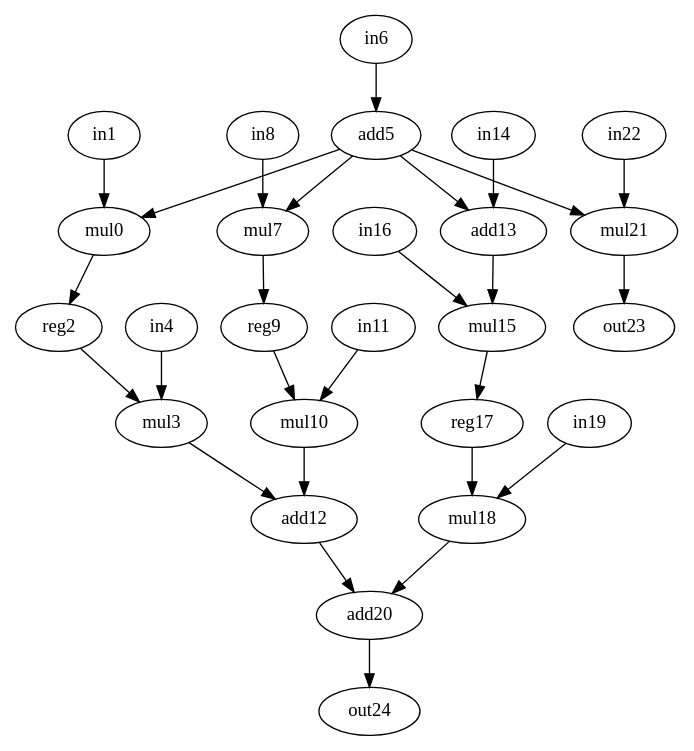
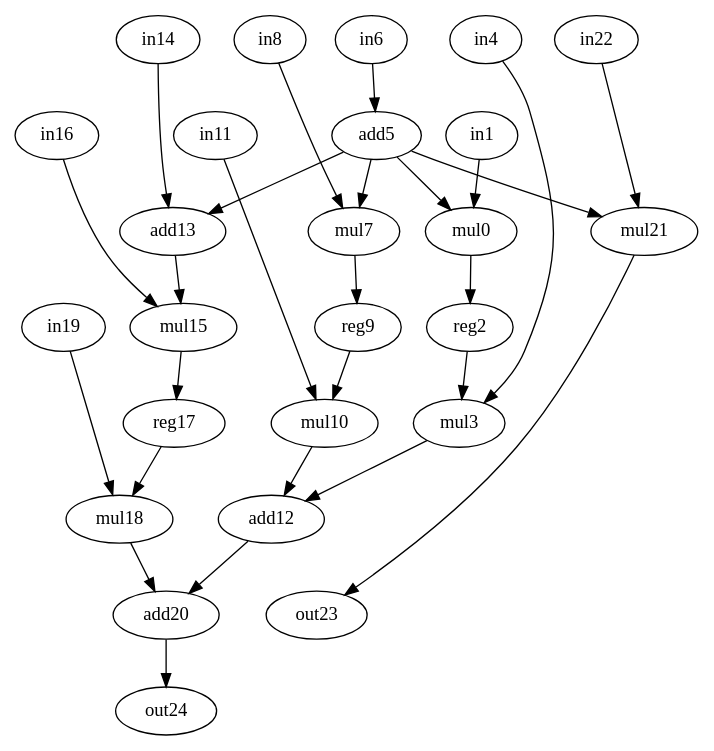
The diagram in bench/test_bench/conv3.dot (jeronimopenha/traversal_project), drawn with Graphviz before and after one commit. The commit also changed 21144 other files, not shown here.

```diff
--- a/bench/test_bench/conv3.dot
+++ b/bench/test_bench/conv3.dot
@@ -1,53 +1,53 @@
 strict digraph "conv3" {
 0 [alap=2, asap=2, label=mul0, op=mul];
 1 [alap=1, asap=0, label=in1, op=in];
 2 [alap=3, asap=3, label=reg2, op=reg];
 3 [alap=4, asap=4, label=mul3, op=mul];
 4 [alap=3, asap=0, label=in4, op=in];
-5 [alap=1, asap=1, label=add5, op=add, value=2];
+5 [alap=1, asap=1, label=add5, op=addi, value=2];
 6 [alap=0, asap=0, label=in6, op=in];
 7 [alap=2, asap=2, label=mul7, op=mul];
 8 [alap=1, asap=0, label=in8, op=in];
 9 [alap=3, asap=3, label=reg9, op=reg];
 10 [alap=4, asap=4, label=mul10, op=mul];
 11 [alap=3, asap=0, label=in11, op=in];
 12 [alap=5, asap=5, label=add12, op=add];
-13 [alap=2, asap=2, label=add13, op=addi, value=2];
+13 [alap=2, asap=2, label=add13, op=add, value=2];
 14 [alap=1, asap=0, label=in14, op=in];
 15 [alap=3, asap=3, label=mul15, op=mul];
 16 [alap=2, asap=0, label=in16, op=in];
 17 [alap=4, asap=4, label=reg17, op=reg];
 18 [alap=5, asap=5, label=mul18, op=mul];
 19 [alap=4, asap=0, label=in19, op=in];
 20 [alap=6, asap=6, label=add20, op=add];
 21 [alap=2, asap=2, label=mul21, op=mul];
 22 [alap=1, asap=0, label=in22, op=in];
 23 [alap=3, asap=3, label=out23, op=out];
 24 [alap=7, asap=7, label=out24, op=out];
-0 -> 2  [port=0, w=0];
-1 -> 0  [port=0, w=0];
-2 -> 3  [port=0, w=0];
-3 -> 12  [port=0, w=0];
-4 -> 3  [port=1, w=0];
-5 -> 0  [port=1, w=0];
-5 -> 7  [port=0, w=0];
-5 -> 13  [port=0, w=0];
-5 -> 21  [port=0, w=0];
-6 -> 5  [port=0, w=0];
-7 -> 9  [port=0, w=0];
-8 -> 7  [port=1, w=0];
-9 -> 10  [port=0, w=0];
-10 -> 12  [port=1, w=0];
-11 -> 10  [port=1, w=0];
-12 -> 20  [port=0, w=0];
-13 -> 15  [port=0, w=0];
-14 -> 13  [port=1, w=0];
-15 -> 17  [port=0, w=0];
-16 -> 15  [port=1, w=0];
-17 -> 18  [port=0, w=0];
-18 -> 20  [port=1, w=0];
-19 -> 18  [port=1, w=0];
-20 -> 24  [port=0, w=0];
-21 -> 23  [port=0, w=0];
-22 -> 21  [port=1, w=0];
+0 -> 2  [port=0, weight=0];
+1 -> 0  [port=0, weight=0];
+2 -> 3  [port=0, weight=0];
+3 -> 12  [port=0, weight=0];
+4 -> 3  [port=1, weight=0];
+5 -> 0  [port=1, weight=0];
+5 -> 7  [port=0, weight=0];
+5 -> 13  [port=0, weight=0];
+5 -> 21  [port=0, weight=0];
+6 -> 5  [port=0, weight=0];
+7 -> 9  [port=0, weight=0];
+8 -> 7  [port=1, weight=0];
+9 -> 10  [port=0, weight=0];
+10 -> 12  [port=1, weight=0];
+11 -> 10  [port=1, weight=0];
+12 -> 20  [port=0, weight=0];
+13 -> 15  [port=0, weight=0];
+14 -> 13  [port=1, weight=0];
+15 -> 17  [port=0, weight=0];
+16 -> 15  [port=1, weight=0];
+17 -> 18  [port=0, weight=0];
+18 -> 20  [port=1, weight=0];
+19 -> 18  [port=1, weight=0];
+20 -> 24  [port=0, weight=0];
+21 -> 23  [port=0, weight=0];
+22 -> 21  [port=1, weight=0];
 }
```
